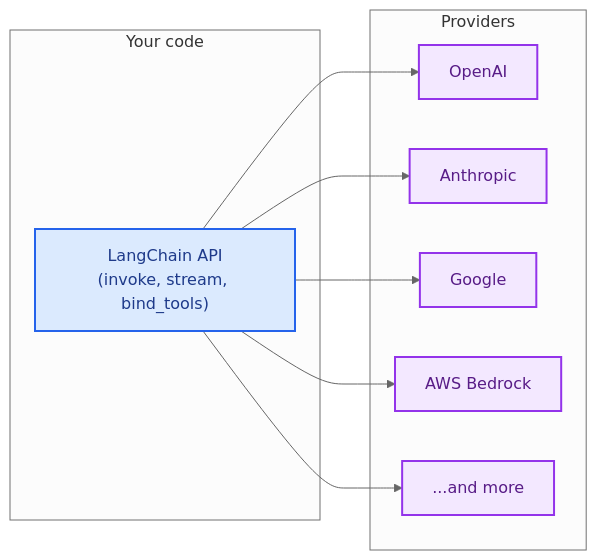
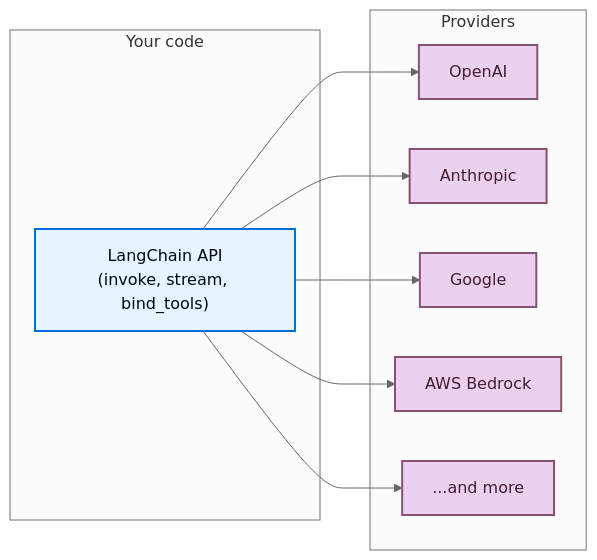
The diagram in oss/python/concepts/providers-and-models.mdx (kunfan96/cndocs-langchain), drawn with Mermaid (neutral theme) before and after one commit. The commit also changed other lines of this file and 2538 other files, not shown here.

````diff
--- a/oss/python/concepts/providers-and-models.mdx
+++ b/oss/python/concepts/providers-and-models.mdx
@@ -8,26 +8,26 @@
 ```mermaid
 graph LR
     subgraph "Your code"
         A["LangChain API<br/>(invoke, stream, bind_tools)"]
     end
 
     subgraph "Providers"
         B["OpenAI"]
         C["Anthropic"]
         D["Google"]
         E["AWS Bedrock"]
         F["...and more"]
     end
 
     A --> B
     A --> C
     A --> D
     A --> E
     A --> F
 
-    classDef code fill:#DBEAFE,stroke:#2563EB,stroke-width:2px,color:#1E3A8A
-    classDef provider fill:#F3E8FF,stroke:#9333EA,stroke-width:2px,color:#581C87
+    classDef code fill:#E5F4FF,stroke:#006DDD,stroke-width:2px,color:#030710
+    classDef provider fill:#EBD0F0,stroke:#885270,stroke-width:2px,color:#441E33
 
     class A code
     class B,C,D,E,F provider
 ```
````
